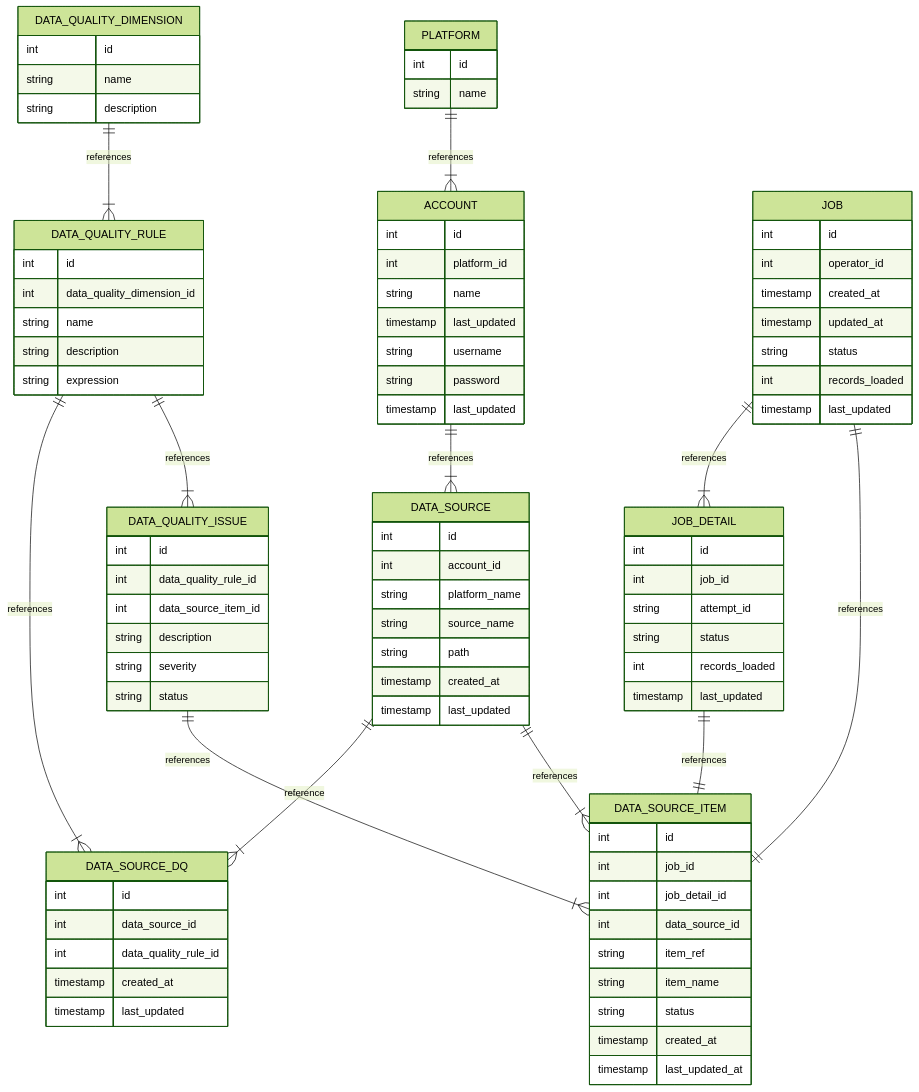
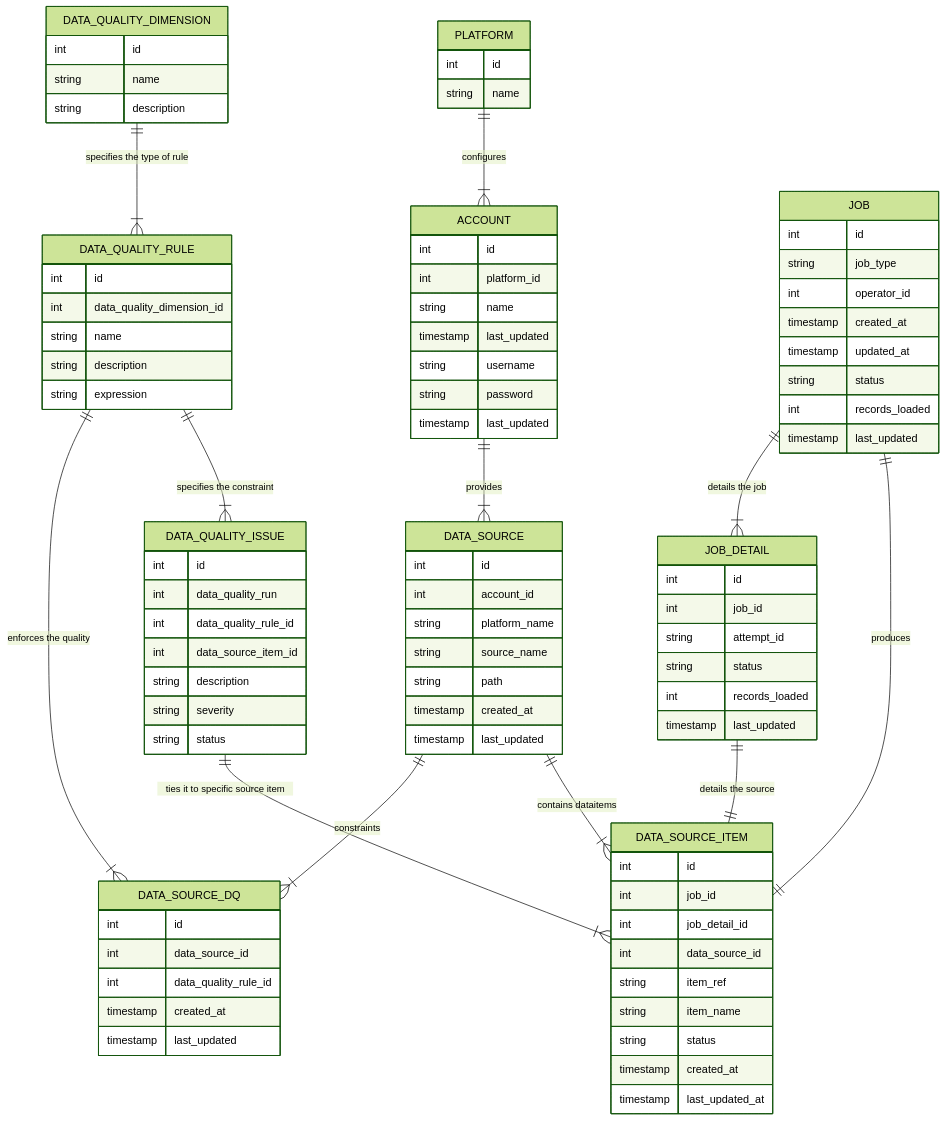
One commit to peddadap/design_templates changed the diagram in erd.md. Above: the diagram before and after it, drawn with Mermaid. The commit also changed 2 other files, not shown here.

Commit message:
added recovery flows

```diff
--- a/erd.md
+++ b/erd.md
@@ -45,13 +45,13 @@
     }
     DATA_QUALITY_ISSUE {
         int id
+        int data_quality_run
         int data_quality_rule_id
         int data_source_item_id
         string description
         string severity
         string status
     }
-   
     PLATFORM{
         int id
         string name
@@ -69,6 +69,7 @@
 
     JOB{
         int id
+        string job_type
         int operator_id
         timestamp created_at
         timestamp updated_at
@@ -87,17 +88,18 @@
         timestamp last_updated
     }
 
-    DATA_SOURCE||--|{DATA_SOURCE_ITEM:"references"
-    DATA_QUALITY_RULE||--|{DATA_QUALITY_ISSUE:"references"
-    DATA_QUALITY_DIMENSION||--|{DATA_QUALITY_RULE:"references"
-    JOB||--||DATA_SOURCE_ITEM:"references"
-    JOB_DETAIL||--||DATA_SOURCE_ITEM:"references"
-    JOB||--|{JOB_DETAIL:"references"
-    DATA_QUALITY_ISSUE||--|{DATA_SOURCE_ITEM:"references"
-    ACCOUNT||--|{DATA_SOURCE:"references"
-    PLATFORM||--|{ACCOUNT:"references"
-    DATA_QUALITY_RULE||--|{DATA_SOURCE_DQ:"references"
-    DATA_SOURCE||--|{DATA_SOURCE_DQ:"reference"
+
+    DATA_SOURCE||--|{DATA_SOURCE_ITEM:"contains dataitems"
+    DATA_QUALITY_RULE||--|{DATA_QUALITY_ISSUE:"specifies the constraint"
+    DATA_QUALITY_DIMENSION||--|{DATA_QUALITY_RULE:"specifies the type of rule"
+    JOB||--||DATA_SOURCE_ITEM:"produces"
+    JOB_DETAIL||--||DATA_SOURCE_ITEM:"details the source"
+    JOB||--|{JOB_DETAIL:"details the job"
+    DATA_QUALITY_ISSUE||--|{DATA_SOURCE_ITEM:"ties it to specific source item"
+    ACCOUNT||--|{DATA_SOURCE:"provides"
+    PLATFORM||--|{ACCOUNT:"configures"
+    DATA_QUALITY_RULE||--|{DATA_SOURCE_DQ:"enforces the quality"
+    DATA_SOURCE||--|{DATA_SOURCE_DQ:"constraints"
   
   
 
```
